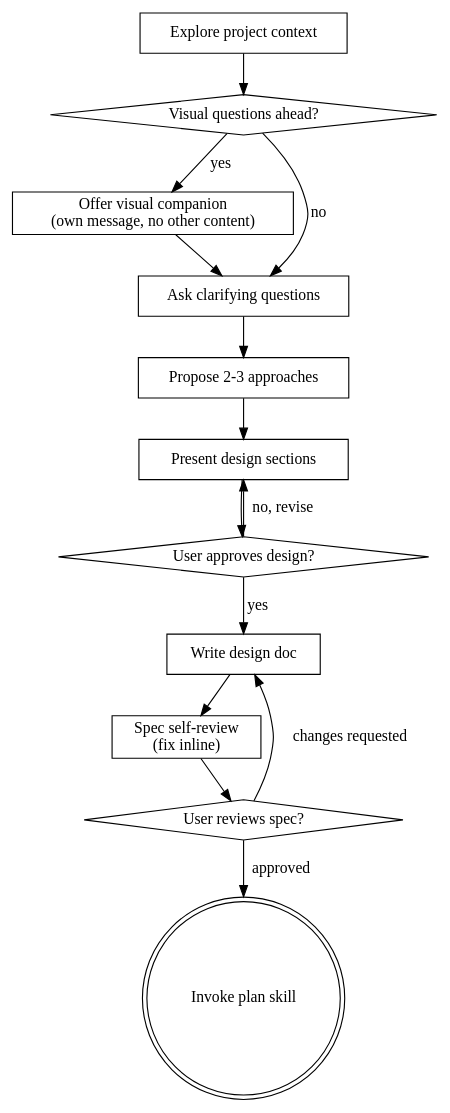
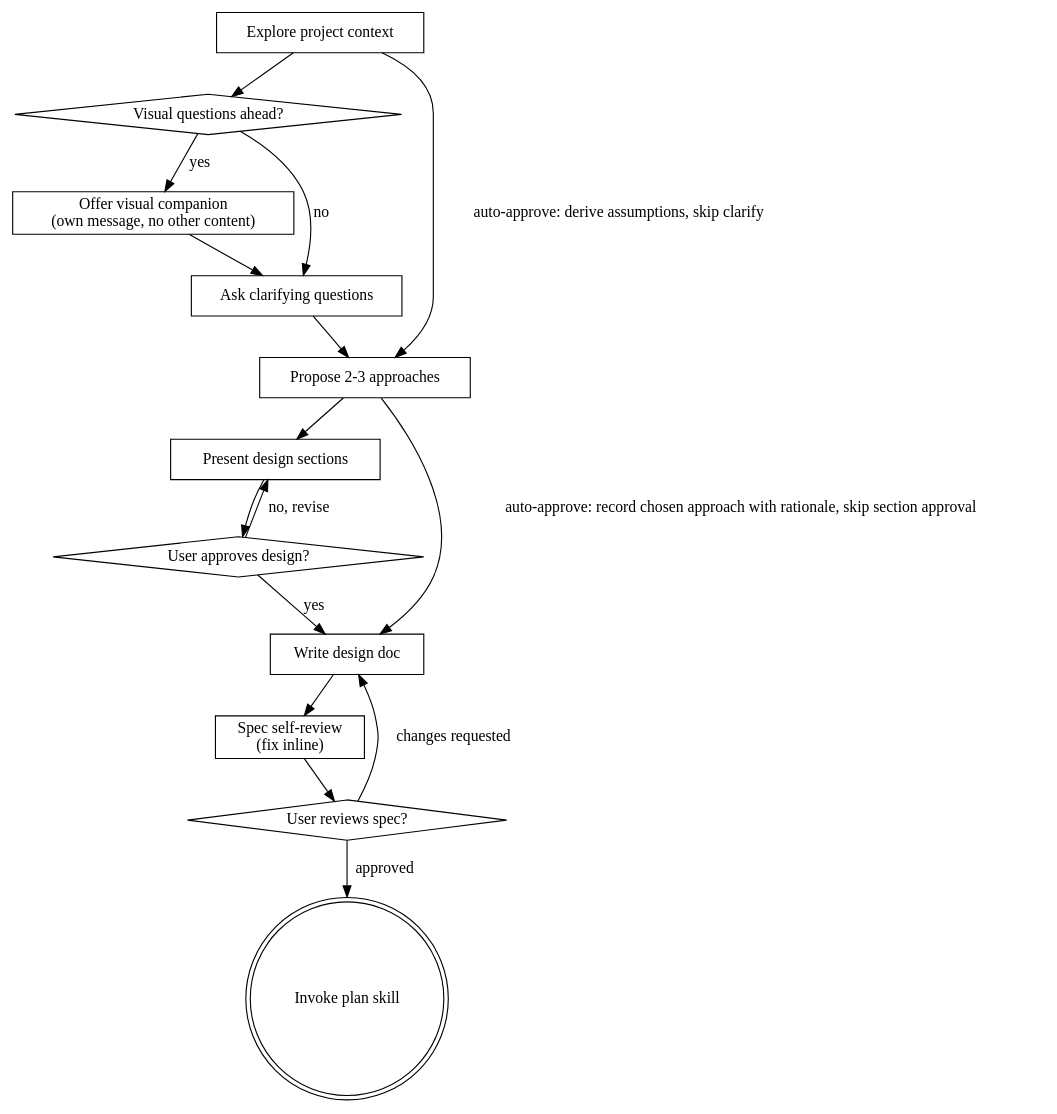
The diagram in skills/shape/SKILL.md (DennisLoska/skills), drawn with Graphviz before and after one commit. The commit also changed other lines of this file and 34 other files, not shown here.

````diff
--- a/skills/shape/SKILL.md
+++ b/skills/shape/SKILL.md
@@ -34,29 +43,31 @@
 ```dot
 digraph shape {
     "Explore project context" [shape=box];
     "Visual questions ahead?" [shape=diamond];
     "Offer visual companion\n(own message, no other content)" [shape=box];
     "Ask clarifying questions" [shape=box];
     "Propose 2-3 approaches" [shape=box];
     "Present design sections" [shape=box];
     "User approves design?" [shape=diamond];
     "Write design doc" [shape=box];
     "Spec self-review\n(fix inline)" [shape=box];
     "User reviews spec?" [shape=diamond];
     "Invoke plan skill" [shape=doublecircle];
 
     "Explore project context" -> "Visual questions ahead?";
     "Visual questions ahead?" -> "Offer visual companion\n(own message, no other content)" [label="yes"];
     "Visual questions ahead?" -> "Ask clarifying questions" [label="no"];
     "Offer visual companion\n(own message, no other content)" -> "Ask clarifying questions";
     "Ask clarifying questions" -> "Propose 2-3 approaches";
     "Propose 2-3 approaches" -> "Present design sections";
     "Present design sections" -> "User approves design?";
     "User approves design?" -> "Present design sections" [label="no, revise"];
     "User approves design?" -> "Write design doc" [label="yes"];
     "Write design doc" -> "Spec self-review\n(fix inline)";
     "Spec self-review\n(fix inline)" -> "User reviews spec?";
     "User reviews spec?" -> "Write design doc" [label="changes requested"];
     "User reviews spec?" -> "Invoke plan skill" [label="approved"];
+    "Explore project context" -> "Propose 2-3 approaches" [label="auto-approve: derive assumptions, skip clarify"];
+    "Propose 2-3 approaches" -> "Write design doc" [label="auto-approve: record chosen approach with rationale, skip section approval"];
 }
 ```
````
